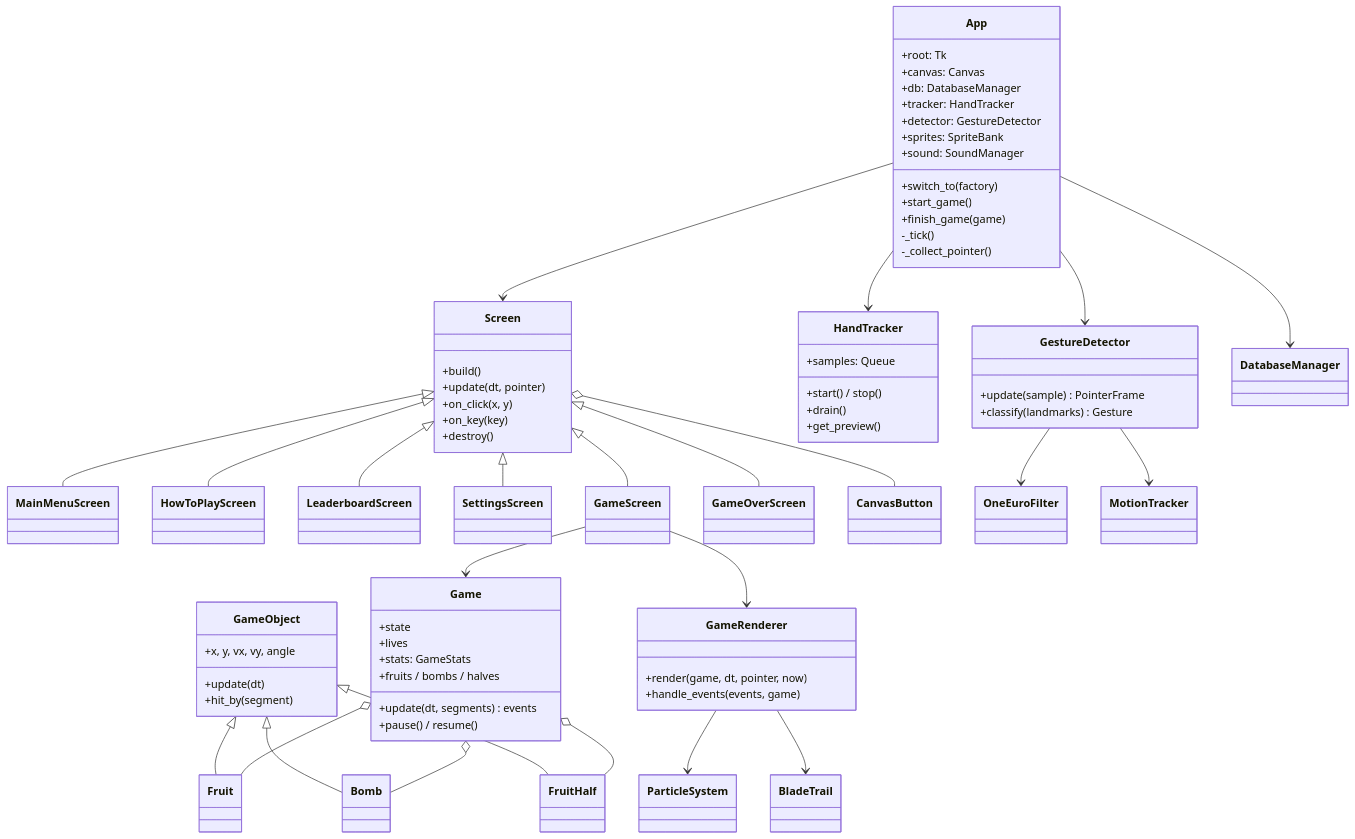
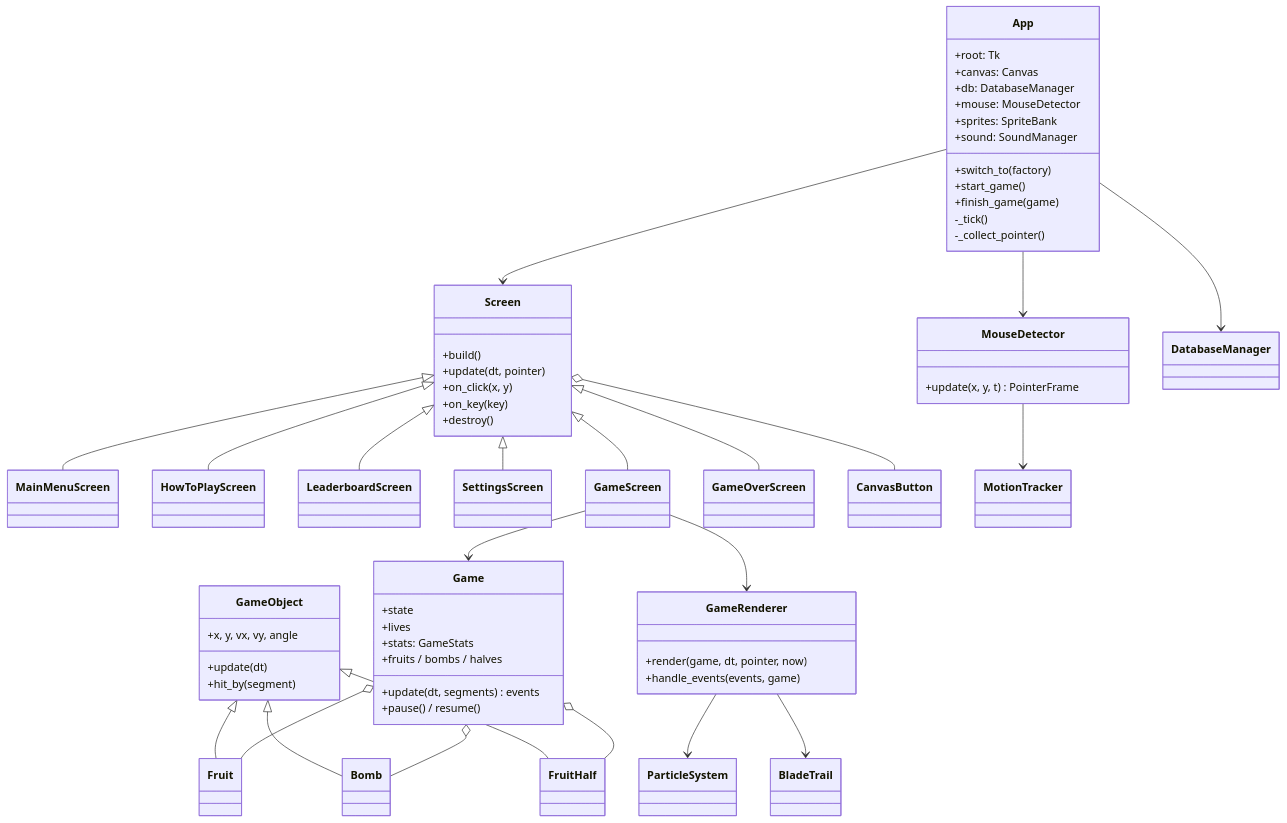
Before and after one commit to s-shriya2288/APP-project: the first of 3 diagrams in docs/ARCHITECTURE.md, drawn with Mermaid. The commit also changed other lines of this file and 42 other files, not shown here.

First line of the commit message:
Remove camera hand tracking; play with trackpad / mouse only

````diff
--- a/docs/ARCHITECTURE.md
+++ b/docs/ARCHITECTURE.md
@@ -25,77 +24,67 @@
 ```mermaid
 classDiagram
     class App {
         +root: Tk
         +canvas: Canvas
         +db: DatabaseManager
-        +tracker: HandTracker
-        +detector: GestureDetector
+        +mouse: MouseDetector
         +sprites: SpriteBank
         +sound: SoundManager
         +switch_to(factory)
         +start_game()
         +finish_game(game)
         -_tick()
         -_collect_pointer()
     }
     class Screen {
         +build()
         +update(dt, pointer)
         +on_click(x, y)
         +on_key(key)
         +destroy()
     }
     Screen <|-- MainMenuScreen
     Screen <|-- HowToPlayScreen
     Screen <|-- LeaderboardScreen
     Screen <|-- SettingsScreen
     Screen <|-- GameScreen
     Screen <|-- GameOverScreen
     Screen o-- CanvasButton
 
     class Game {
         +state
         +lives
         +stats: GameStats
         +fruits / bombs / halves
         +update(dt, segments) events
         +pause() / resume()
     }
     class GameRenderer {
         +render(game, dt, pointer, now)
         +handle_events(events, game)
     }
     GameScreen --> Game
     GameScreen --> GameRenderer
     GameRenderer --> ParticleSystem
     GameRenderer --> BladeTrail
 
     class GameObject {
         +x, y, vx, vy, angle
         +update(dt)
         +hit_by(segment)
     }
     GameObject <|-- Fruit
     GameObject <|-- FruitHalf
     GameObject <|-- Bomb
     Game o-- Fruit
     Game o-- Bomb
     Game o-- FruitHalf
 
-    class HandTracker {
-        +samples: Queue
-        +start() / stop()
-        +drain()
-        +get_preview()
+    class MouseDetector {
+        +update(x, y, t) PointerFrame
     }
-    class GestureDetector {
-        +update(sample) PointerFrame
-        +classify(landmarks) Gesture
-    }
-    GestureDetector --> OneEuroFilter
-    GestureDetector --> MotionTracker
-    App --> HandTracker
-    App --> GestureDetector
+    MouseDetector --> MotionTracker
+    App --> MouseDetector
     App --> DatabaseManager
     App --> Screen
 ```
````
